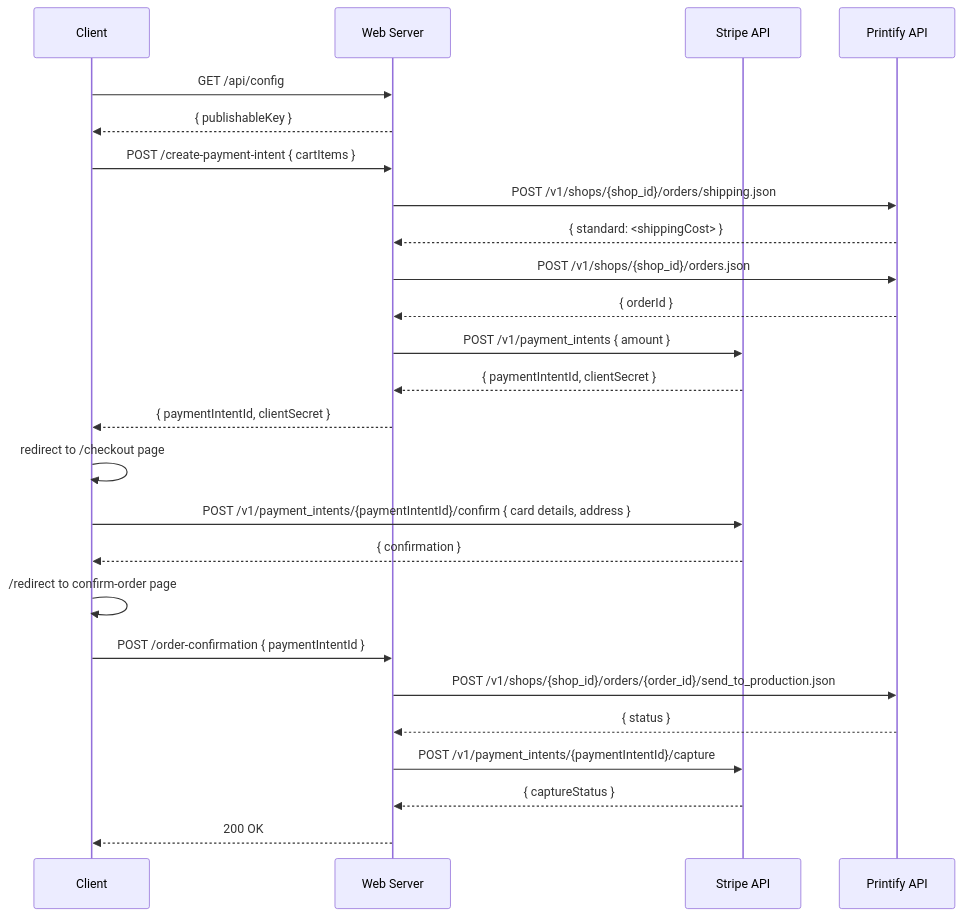
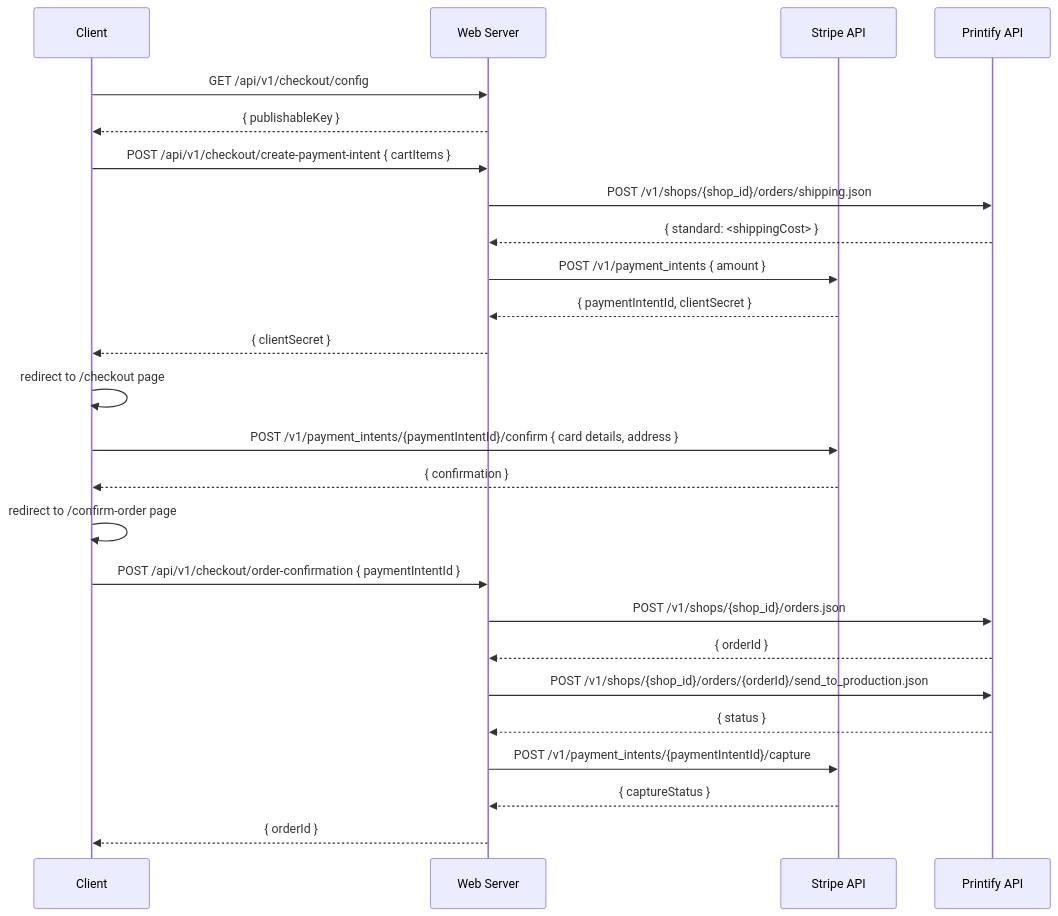
One commit to spencerlepine/swagsticker.com changed the diagram in docs/README.md. Above: the diagram before and after it, drawn with Mermaid. The commit also changed other lines of this file and 42 other files, not shown here.

````diff
--- a/docs/README.md
+++ b/docs/README.md
@@ -26,33 +26,33 @@
 ```mermaid
 sequenceDiagram
     participant Client
     participant WebServer as Web Server
     participant StripeAPI as Stripe API
     participant PrintifyAPI as Printify API
 
-    Client ->> WebServer: GET /api/config
+    Client ->> WebServer: GET /api/v1/checkout/config
     WebServer -->> Client: { publishableKey }
 
-    Client ->> WebServer: POST /create-payment-intent { cartItems }
+    Client ->> WebServer: POST /api/v1/checkout/create-payment-intent { cartItems }
     WebServer ->> PrintifyAPI: POST /v1/shops/{shop_id}/orders/shipping.json
     PrintifyAPI -->> WebServer: { standard: <shippingCost> }
-    WebServer ->> PrintifyAPI: POST /v1/shops/{shop_id}/orders.json
-    PrintifyAPI -->> WebServer: { orderId }
     WebServer ->> StripeAPI: POST /v1/payment_intents { amount }
     StripeAPI -->> WebServer: { paymentIntentId, clientSecret }
-    WebServer -->> Client: { paymentIntentId, clientSecret }
+    WebServer -->> Client: { clientSecret }
 
     Client ->> Client: redirect to /checkout page
 
     Client ->> StripeAPI: POST /v1/payment_intents/{paymentIntentId}/confirm { card details, address }
     StripeAPI -->> Client: { confirmation }
 
-    Client ->> Client: /redirect to confirm-order page
+    Client ->> Client: redirect to /confirm-order page
 
-    Client ->> WebServer: POST /order-confirmation { paymentIntentId }
-    WebServer ->> PrintifyAPI: POST /v1/shops/{shop_id}/orders/{order_id}/send_to_production.json
+    Client ->> WebServer: POST /api/v1/checkout/order-confirmation { paymentIntentId }
+    WebServer ->> PrintifyAPI: POST /v1/shops/{shop_id}/orders.json
+    PrintifyAPI -->> WebServer: { orderId }
+    WebServer ->> PrintifyAPI: POST /v1/shops/{shop_id}/orders/{orderId}/send_to_production.json
     PrintifyAPI -->> WebServer: { status }
     WebServer ->> StripeAPI: POST /v1/payment_intents/{paymentIntentId}/capture
     StripeAPI -->> WebServer: { captureStatus }
-    WebServer -->> Client: 200 OK
+    WebServer -->> Client: { orderId }
 ```
````
